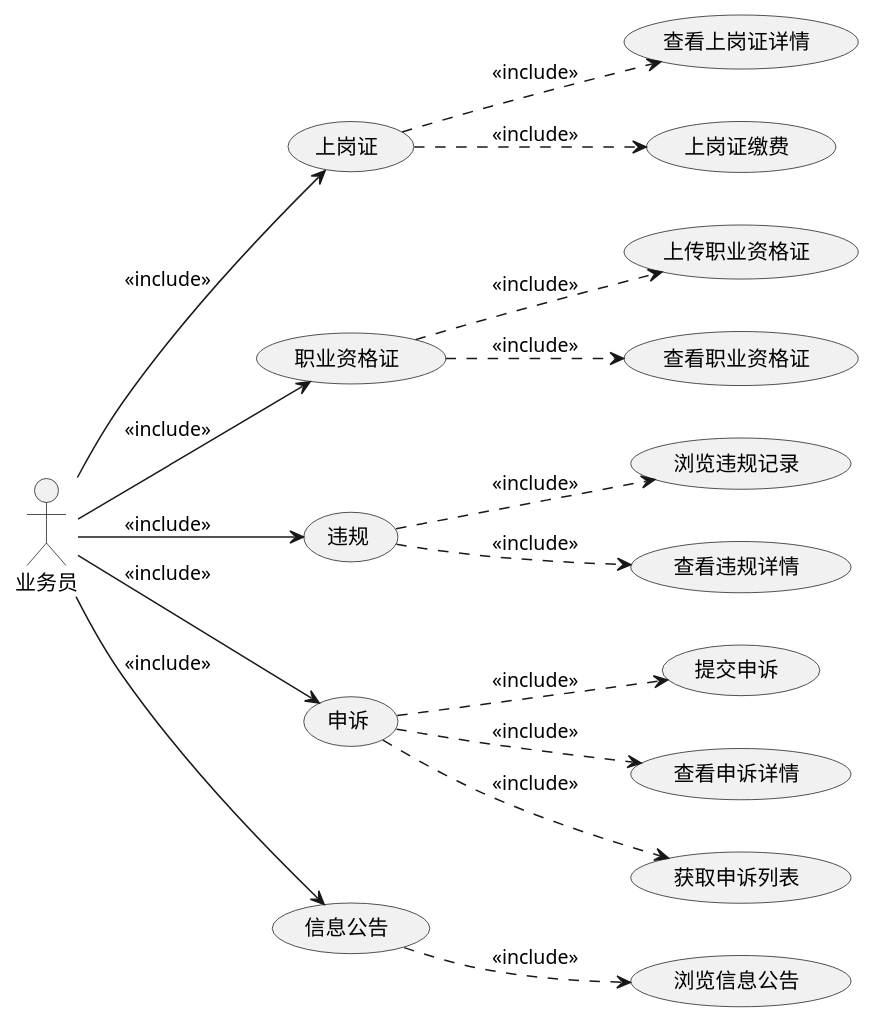
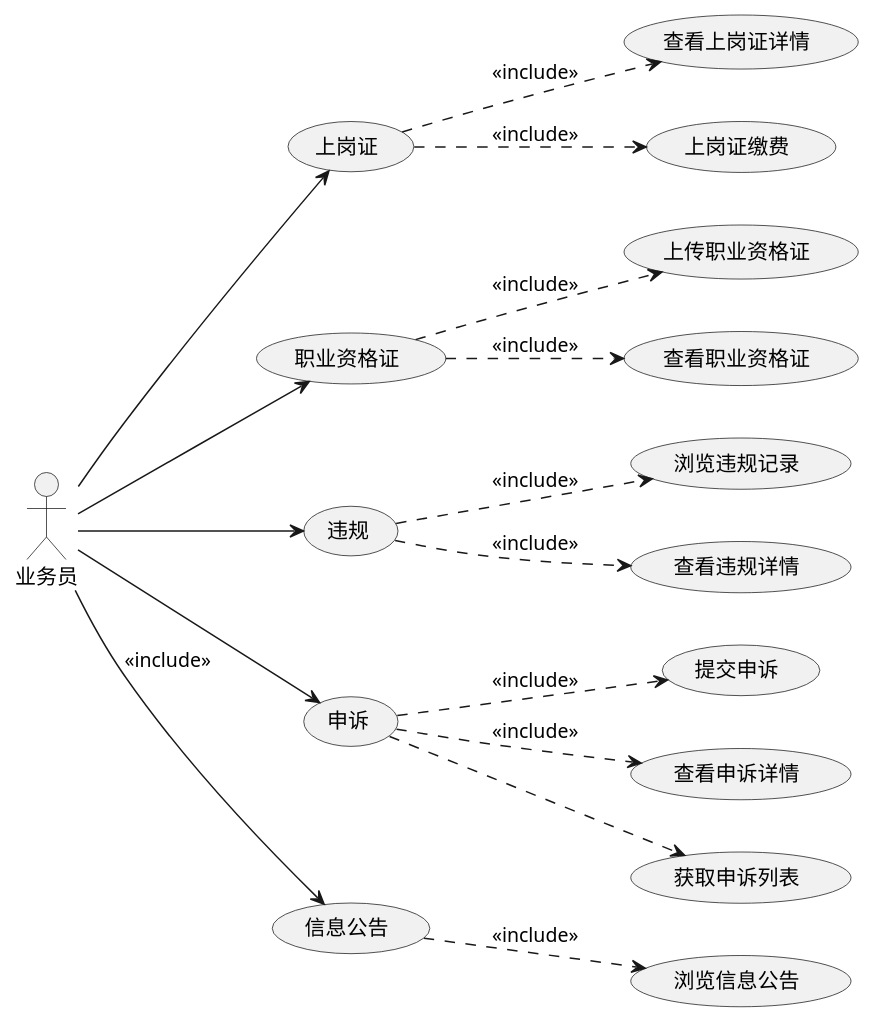
The seventh of 14 diagrams in docs/credit/README.md (evildoerX/hyperledger-credit), drawn with PlantUML before and after one commit. The commit also changed other lines of this file, not shown here.

```diff
--- a/docs/credit/README.md
+++ b/docs/credit/README.md
@@ -233,18 +233,18 @@
 @startuml
 left to right direction
-业务员 --> (上岗证): <<include>>
+业务员 --> (上岗证)
 (上岗证) ..> (查看上岗证详情): <<include>>
 (上岗证) ..> (上岗证缴费): <<include>>
-业务员 --> (职业资格证): <<include>>
+业务员 --> (职业资格证)
 (职业资格证) ..> (上传职业资格证): <<include>>
 (职业资格证) ..> (查看职业资格证): <<include>>
-业务员 --> (违规): <<include>>
+业务员 --> (违规)
 (违规) ..> (浏览违规记录): <<include>>
 (违规) ..> (查看违规详情): <<include>>
-业务员 --> (申诉): <<include>>
+业务员 --> (申诉)
 (申诉) ..> (提交申诉): <<include>>
 (申诉) ..> (查看申诉详情): <<include>>
-(申诉) ..> (获取申诉列表): <<include>>
+(申诉) ..> (获取申诉列表)
 业务员 --> (信息公告): <<include>>
 (信息公告) ..> (浏览信息公告): <<include>>
 @enduml
```
